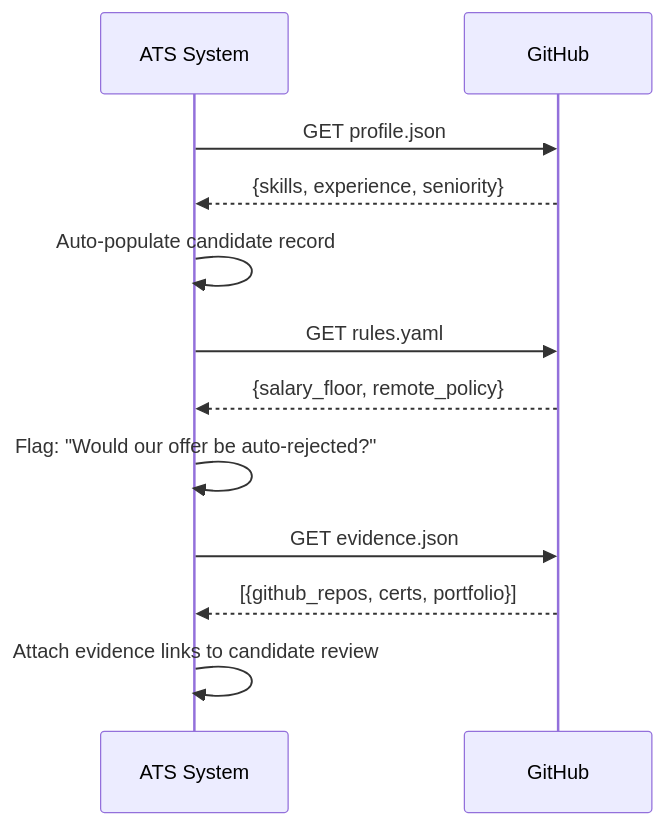
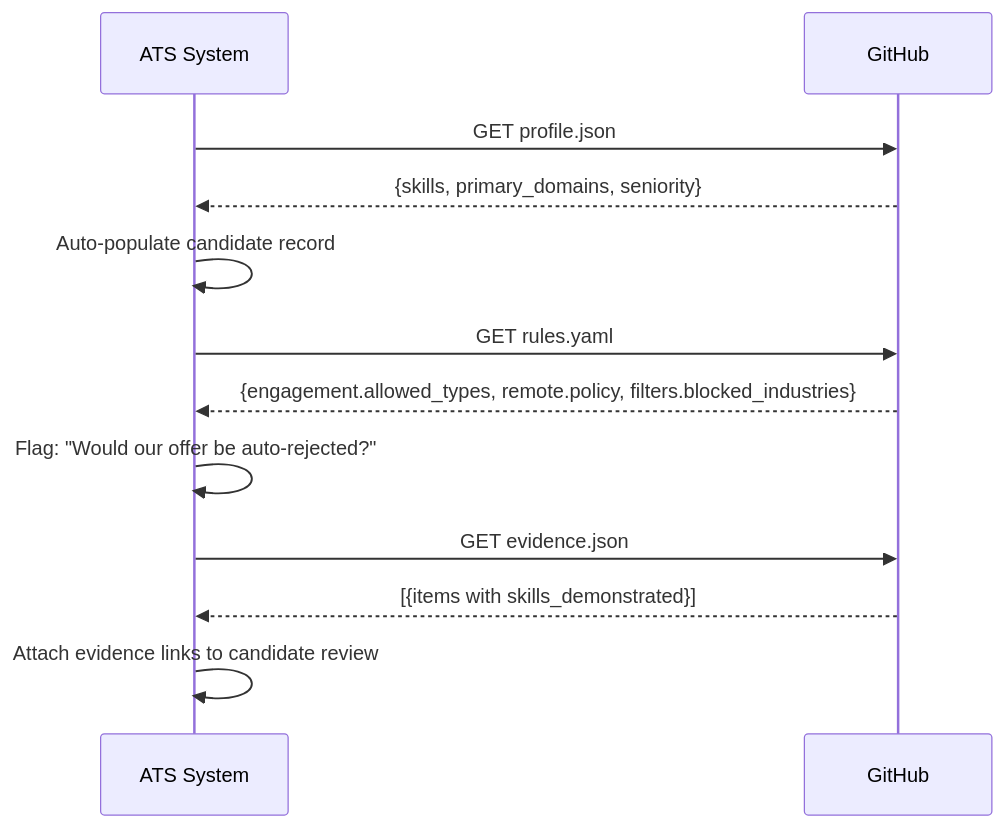
The diagram in developer/schema-validation.mdx (mintlify-atlas/docs-atlas-920add4e), drawn with Mermaid before and after one commit. The commit also changed other lines of this file and 10 other files, not shown here.

````diff
--- a/developer/schema-validation.mdx
+++ b/developer/schema-validation.mdx
@@ -68,15 +74,15 @@
 ```mermaid
 sequenceDiagram
     participant ATS as ATS System
     participant GH as GitHub
 
     ATS->>GH: GET profile.json
-    GH-->>ATS: {skills, experience, seniority}
+    GH-->>ATS: {skills, primary_domains, seniority}
     ATS->>ATS: Auto-populate candidate record
     ATS->>GH: GET rules.yaml
-    GH-->>ATS: {salary_floor, remote_policy}
+    GH-->>ATS: {engagement.allowed_types, remote.policy, filters.blocked_industries}
     ATS->>ATS: Flag: "Would our offer be auto-rejected?"
     ATS->>GH: GET evidence.json
-    GH-->>ATS: [{github_repos, certs, portfolio}]
+    GH-->>ATS: [{items with skills_demonstrated}]
     ATS->>ATS: Attach evidence links to candidate review
 ```
````
